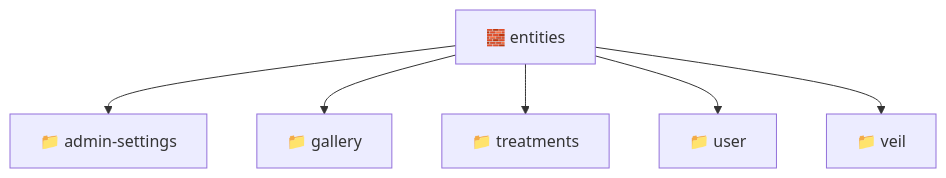
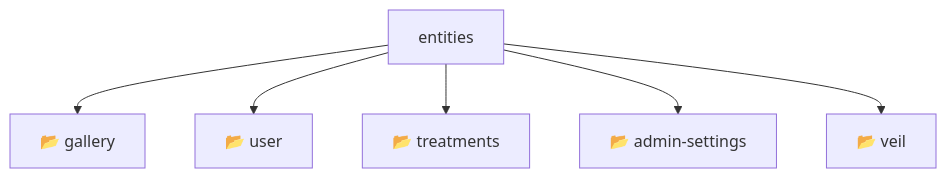
Before and after one commit to beginwebdev2002/fullstack-mavluda: the diagram in frontend/src/entities/README.md, drawn with Mermaid. The commit also changed other lines of this file and 155 other files, not shown here.

````diff
--- a/frontend/src/entities/README.md
+++ b/frontend/src/entities/README.md
@@ -10,9 +14,9 @@
 ```mermaid
 graph TD
-  Root["🧱 entities"]
-  Root --> adminsettings["📁 admin-settings"]
-  Root --> gallery["📁 gallery"]
-  Root --> treatments["📁 treatments"]
-  Root --> user["📁 user"]
-  Root --> veil["📁 veil"]
+    Root[entities]
+    Root --> F0[📂 gallery]
+    Root --> F1[📂 user]
+    Root --> F2[📂 treatments]
+    Root --> F3[📂 admin-settings]
+    Root --> F4[📂 veil]
 ```
````
